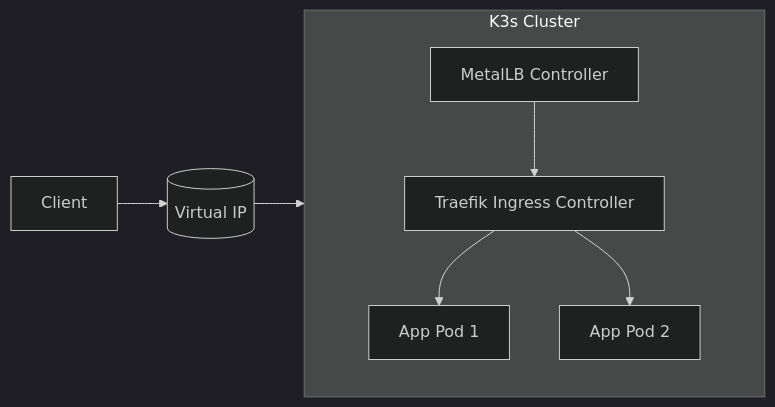
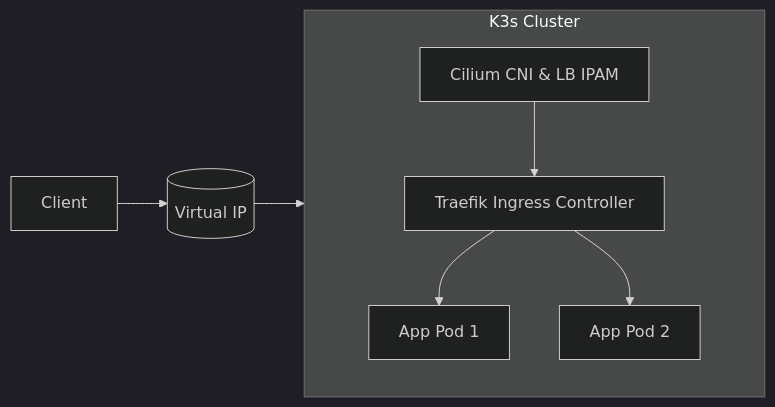
One commit to Schwitzd/IaC-HomeK3s changed the first of 3 diagrams in README.md. Above: the diagram before and after it, drawn with Mermaid (dark theme). The commit also changed other lines of this file, not shown here.

````diff
--- a/README.md
+++ b/README.md
@@ -107,17 +294,17 @@
 ```mermaid
 graph LR
     subgraph K3s Cluster
         direction TB
-        MetalLB[MetalLB Controller]
+        Cilium[Cilium CNI & LB IPAM]
         Traefik[Traefik Ingress Controller]
         Pod1[App Pod 1]
         Pod2[App Pod 2]
 
-        MetalLB --> Traefik
+        Cilium --> Traefik
         Traefik --> Pod1
         Traefik --> Pod2
     end
 
-    Client[Client] --> LBIP[(Virtual IP)]
-    LBIP --> MetalLB
+    Client[Client] --> VirtualIP[(Virtual IP)]
+    VirtualIP --> Cilium
 ```
````
